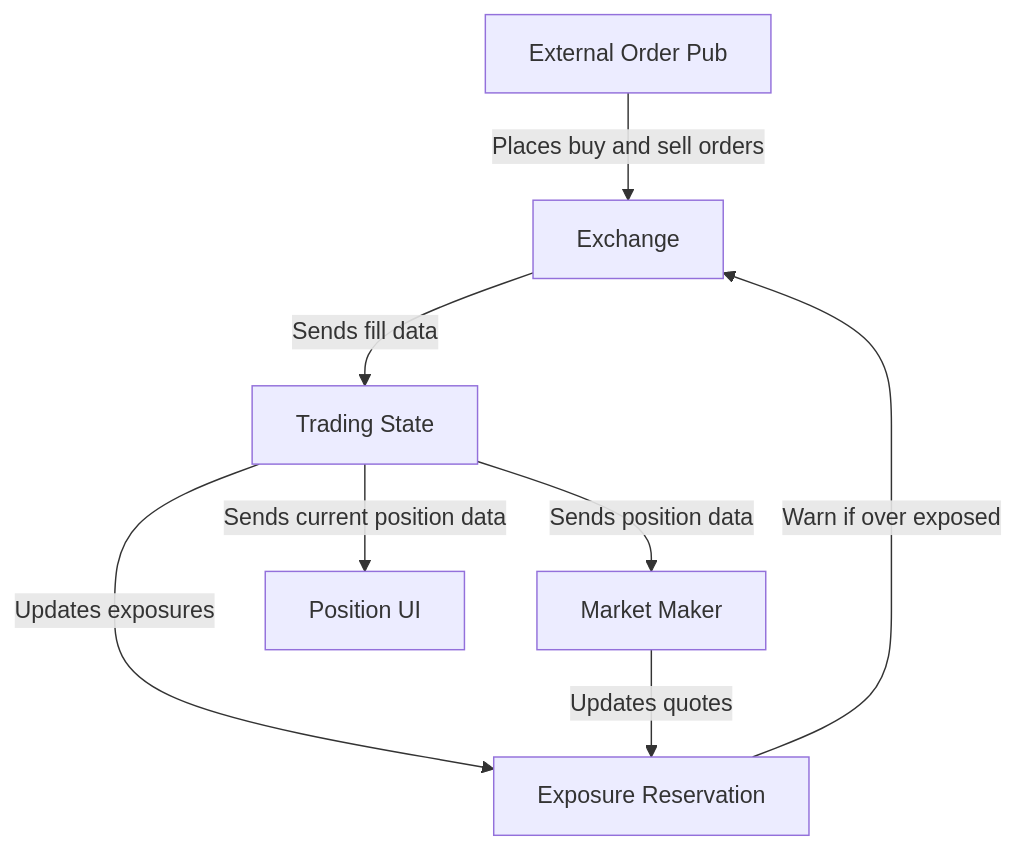
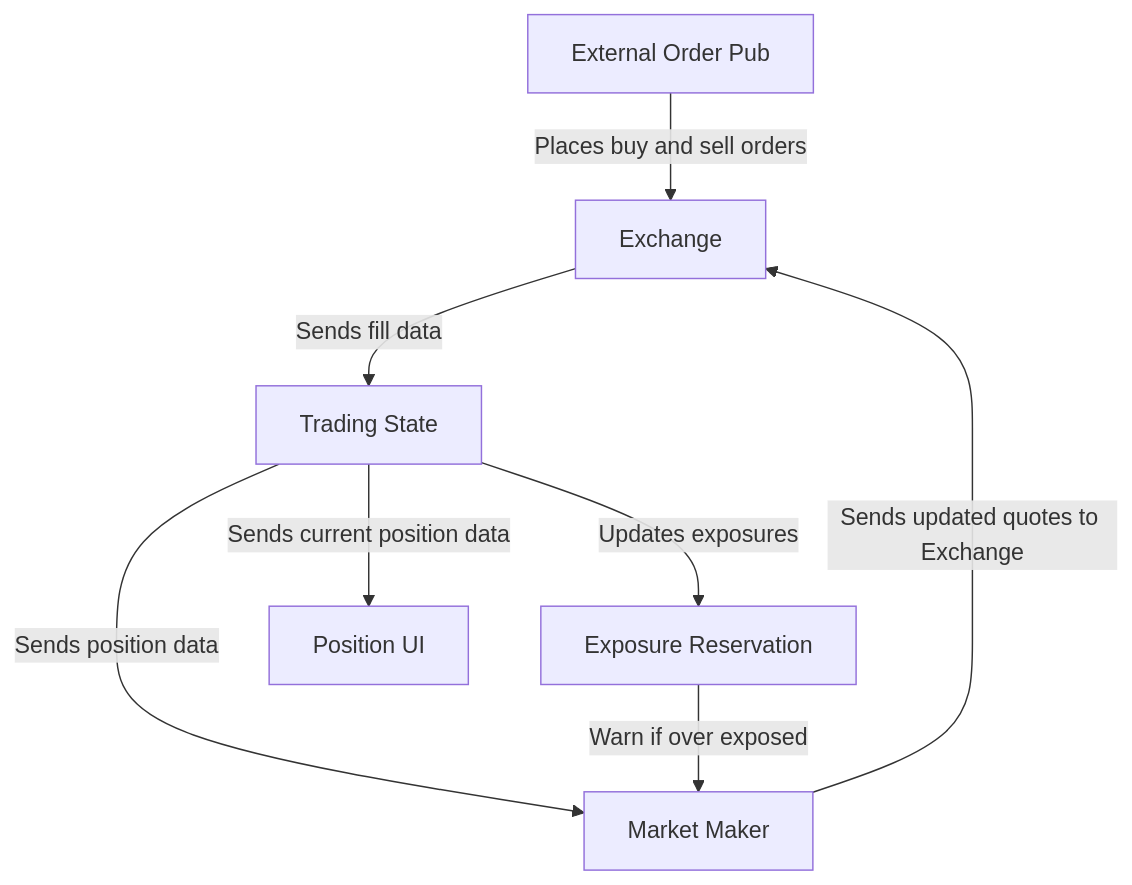
Before and after one commit to S26-Distributed-Capstone/Market-Maker: the diagram in docs/architecture.md, drawn with Mermaid.

````diff
--- a/docs/architecture.md
+++ b/docs/architecture.md
@@ -3,17 +3,17 @@
 ```mermaid
 graph TD
     ExternalOrderPub["External Order Pub"]
     Exchange["Exchange"]
     TradingState["Trading State"]
     ExposureReservation["Exposure Reservation"]
     MarketMaker["Market Maker"]
     PositionUI["Position UI"]
 
     ExternalOrderPub -->|"Places buy and sell orders"| Exchange
     Exchange -->|"Sends fill data"| TradingState
     TradingState -->|"Sends position data"| MarketMaker
     TradingState -->|"Sends current position data"| PositionUI
     TradingState -->|"Updates exposures"| ExposureReservation
-    ExposureReservation -->|"Warn if over exposed"| Exchange
-    MarketMaker -->|"Updates quotes"| ExposureReservation
+    ExposureReservation -->|"Warn if over exposed"| MarketMaker
+    MarketMaker -->|"Sends updated quotes to Exchange"| Exchange
 ```
````
